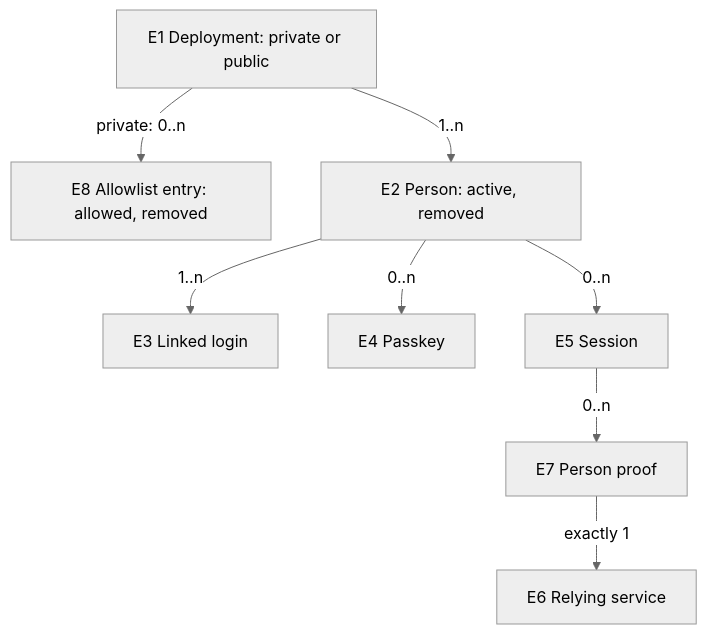
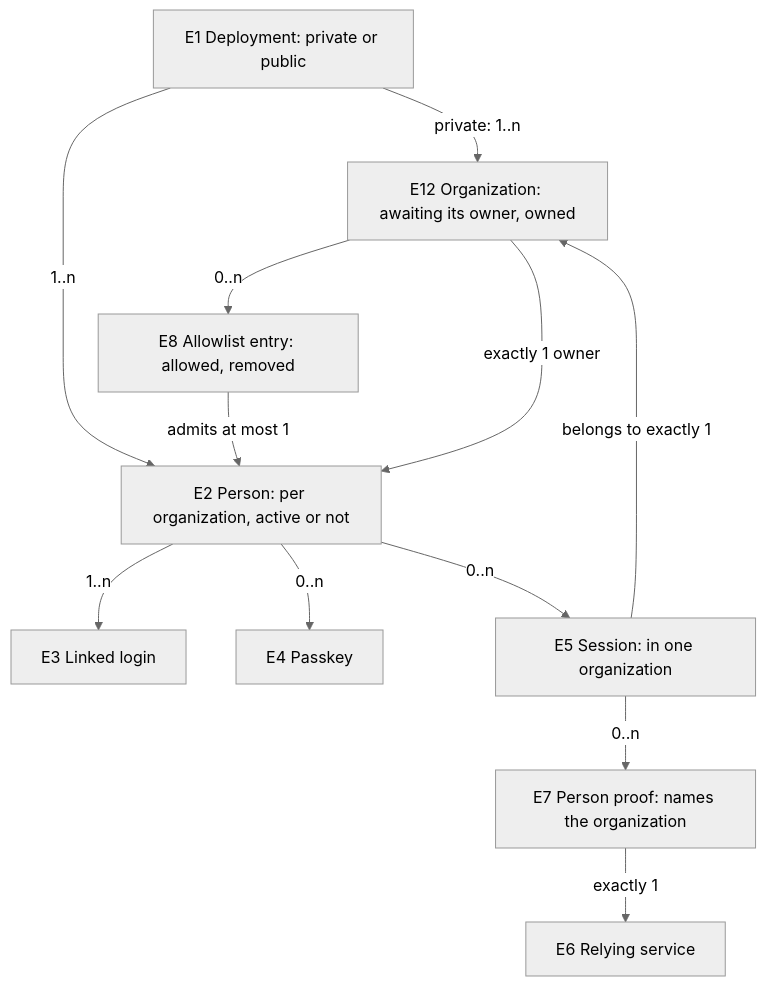
The second of 2 diagrams in docs/specs/2026-10-20-people-sign-in/2026-10-20-people-sign-in.md (ShravanSunder/agent-vm), drawn with Mermaid (neutral theme) before and after one commit. The commit also changed other lines of this file and 9 other files, not shown here.

First line of the commit message:
Sign-in design: people sign in to an organization; each organization's owner and allowlist in its own Durable Object

````diff
--- a/docs/specs/2026-10-20-people-sign-in/2026-10-20-people-sign-in.md
+++ b/docs/specs/2026-10-20-people-sign-in/2026-10-20-people-sign-in.md
@@ -58,18 +62,23 @@
 ```mermaid
 flowchart TB
   D["E1 Deployment: private or public"]
+  O["E12 Organization: awaiting its owner, owned"]
   A["E8 Allowlist entry: allowed, removed"]
-  P["E2 Person: active, removed"]
+  P["E2 Person: per organization, active or not"]
   L["E3 Linked login"]
   K["E4 Passkey"]
-  S["E5 Session"]
-  T["E7 Person proof"]
+  S["E5 Session: in one organization"]
+  T["E7 Person proof: names the organization"]
   R["E6 Relying service"]
-  D -->|private: 0..n| A
+  D -->|private: 1..n| O
   D -->|1..n| P
+  O -->|0..n| A
+  A -->|admits at most 1| P
+  O -->|exactly 1 owner| P
   P -->|1..n| L
   P -->|0..n| K
   P -->|0..n| S
+  S -->|belongs to exactly 1| O
   S -->|0..n| T
   T -->|exactly 1| R
 ```
````
